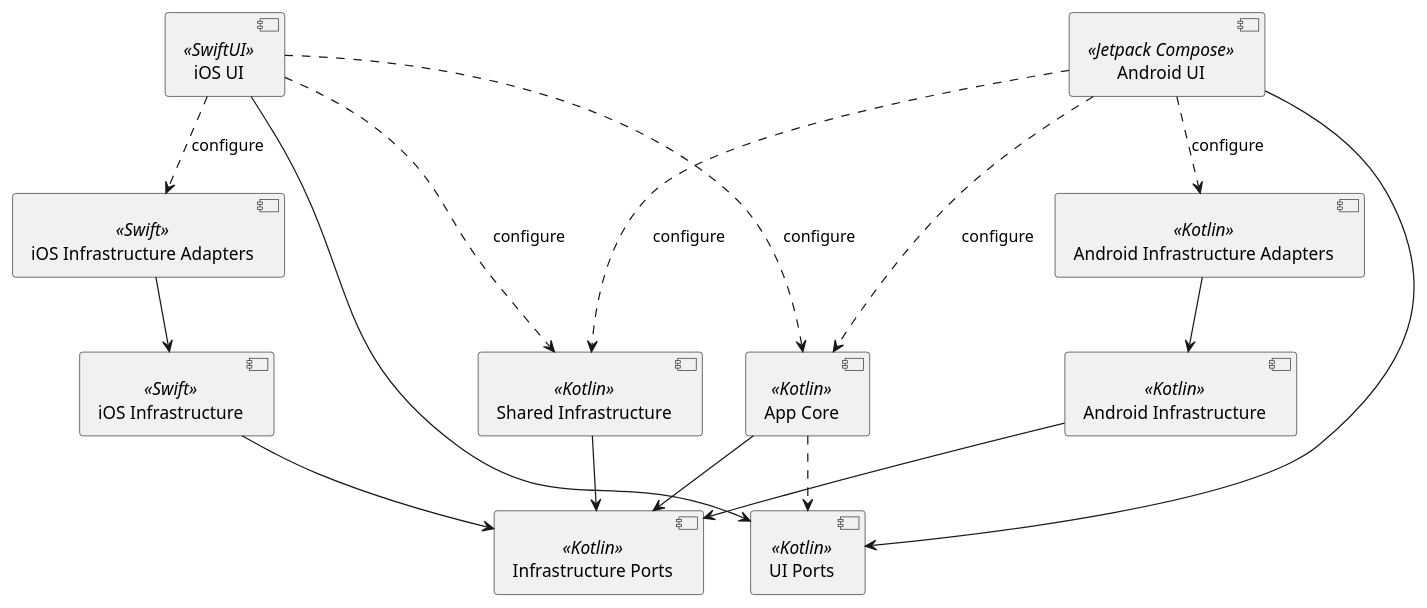
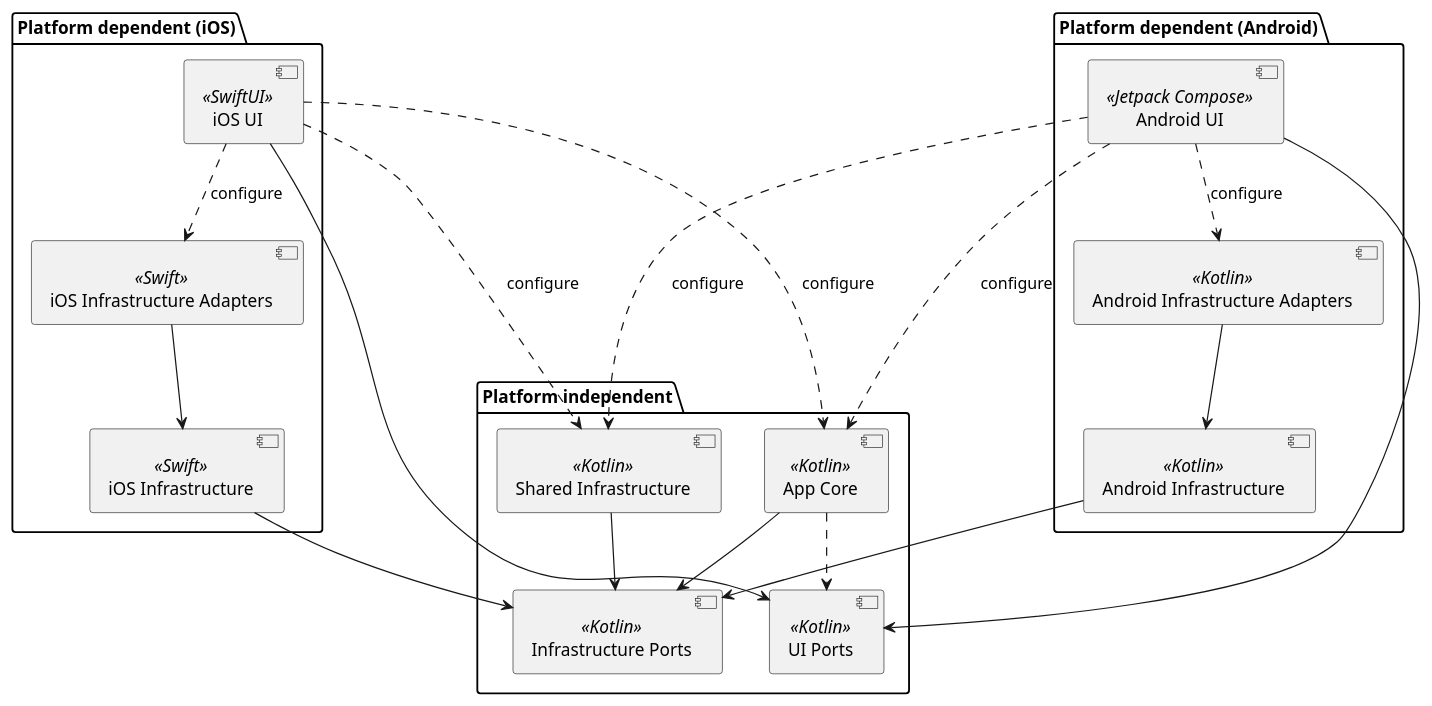
One commit to RobinNunkesser/plantuml changed the diagram in poetrycrosshexagonal.pu. Above: the diagram before and after it, drawn with PlantUML.

Commit message:
Improvements

```diff
--- a/poetrycrosshexagonal.pu
+++ b/poetrycrosshexagonal.pu
@@ -1,35 +1,35 @@
 @startuml
 
-together {
+package "Platform dependent (iOS)" {
 [iOS UI] as UI1 <<SwiftUI>>
 [iOS Infrastructure] as Infra3 <<Swift>>
 [iOS Infrastructure Adapters] as Adapt1 <<Swift>>
 }
-together {
+package "Platform independent" {
 [App Core] as Core <<Kotlin>>
 [UI Ports] as Ports4 <<Kotlin>>
 [Infrastructure Ports] as Ports3 <<Kotlin>>
 [Shared Infrastructure] as Infra1 <<Kotlin>>
 }
-together {
+package "Platform dependent (Android)" {
 [Android UI] as UI2 <<Jetpack Compose>>
 [Android Infrastructure] as Infra2 <<Kotlin>>
 [Android Infrastructure Adapters] as Adapt2 <<Kotlin>>
 }
 
 UI1 --> Ports4 
 UI2 --> Ports4 
 UI1 ..> Core : configure
 UI2 ..> Core : configure
 UI1 ..> Adapt1 : configure
 UI2 ..> Adapt2 : configure
 UI1 ..> Infra1 : configure
 UI2 ..> Infra1 : configure
 Core ..> Ports4
 Core --> Ports3 
 Infra1 --> Ports3
 Infra3 --> Ports3
 Infra2 --> Ports3
 Adapt1 --> Infra3
 Adapt2 --> Infra2
 @enduml
```
